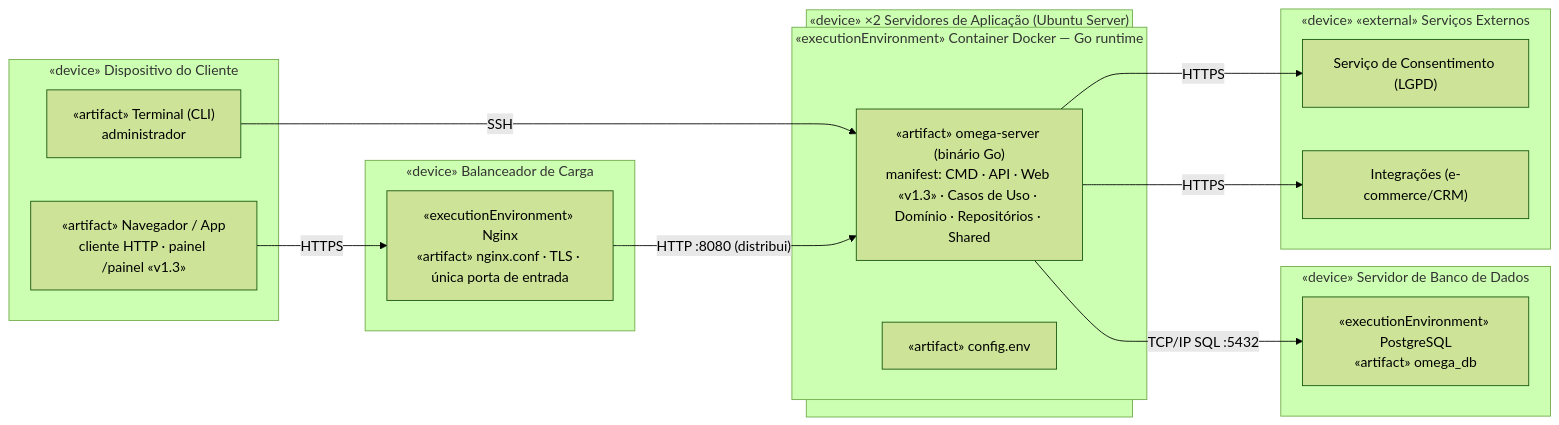
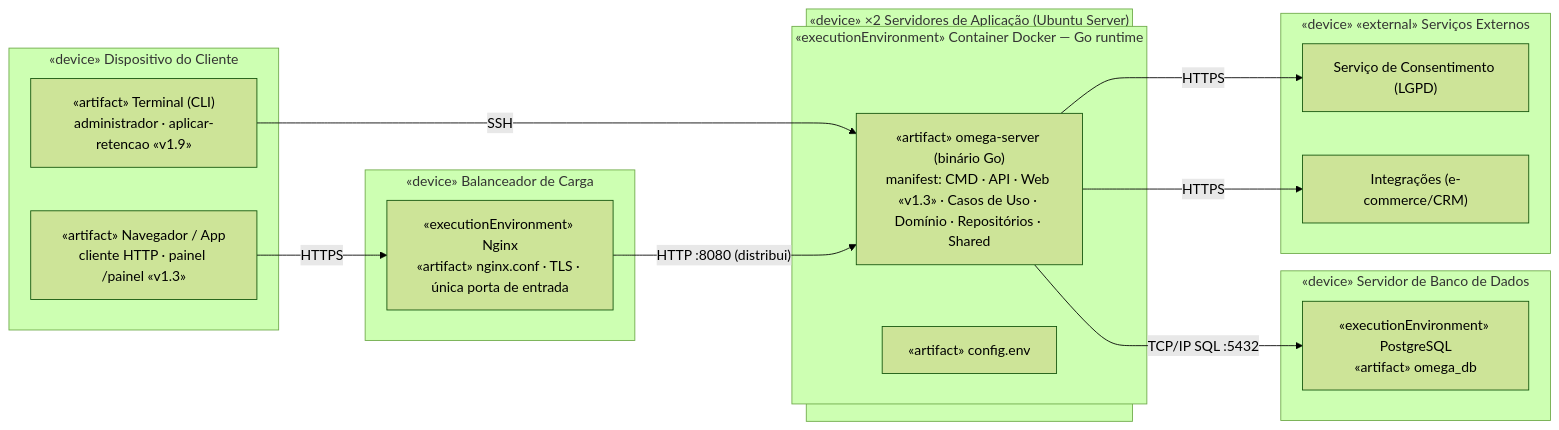
The diagram in docs/uml/UML8_implantacao.md (sthefanyblima/perfila), drawn with Mermaid (forest theme) before and after one commit. The commit also changed other lines of this file and 10 other files, not shown here.

````diff
--- a/docs/uml/UML8_implantacao.md
+++ b/docs/uml/UML8_implantacao.md
@@ -10,30 +10,30 @@
 ```mermaid
 flowchart LR
   subgraph DEV["«device» Dispositivo do Cliente"]
     NAV["«artifact» Navegador / App<br/>cliente HTTP · painel /painel «v1.3»"]
-    CLI["«artifact» Terminal (CLI)<br/>administrador"]
+    CLI["«artifact» Terminal (CLI)<br/>administrador · aplicar-retencao «v1.9»"]
   end
   subgraph LB["«device» Balanceador de Carga"]
     NGX["«executionEnvironment» Nginx<br/>«artifact» nginx.conf · TLS · única porta de entrada"]
   end
   subgraph APPS["«device» ×2 Servidores de Aplicação (Ubuntu Server)"]
     subgraph DOCKER["«executionEnvironment» Container Docker — Go runtime"]
       BIN["«artifact» omega-server (binário Go)<br/>manifest: CMD · API · Web «v1.3» · Casos de Uso · Domínio · Repositórios · Shared"]
       ENV["«artifact» config.env"]
     end
   end
   subgraph DB["«device» Servidor de Banco de Dados"]
     PG["«executionEnvironment» PostgreSQL<br/>«artifact» omega_db"]
   end
   subgraph EXTN["«device» «external» Serviços Externos"]
     CONS["Serviço de Consentimento (LGPD)"]
     INT["Integrações (e-commerce/CRM)"]
   end
 
   NAV -- HTTPS --> NGX
   CLI -- SSH --> BIN
   NGX -- "HTTP :8080 (distribui)" --> BIN
   BIN -- "TCP/IP SQL :5432" --> PG
   BIN -- HTTPS --> CONS
   BIN -- HTTPS --> INT
 ```
````
